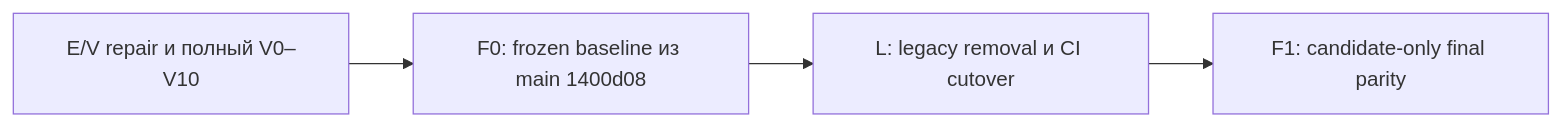
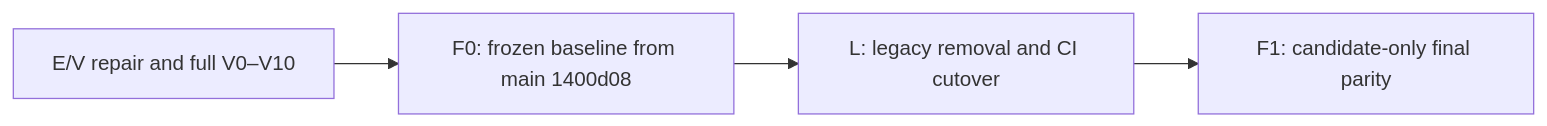
Before and after one commit to evgenii-karpov/olist-mds: the diagram in docs/plans/lakehouse/active/serving-cutover.md, drawn with Mermaid. The commit also changed other lines of this file and 319 other files, not shown here.

Commit message:
feat(lakehouse): complete Stage L legacy removal

````diff
--- a/docs/plans/lakehouse/active/serving-cutover.md
+++ b/docs/plans/lakehouse/active/serving-cutover.md
@@ -11,6 +11,6 @@
 ```mermaid
 flowchart LR
-    EV["E/V repair и полный V0–V10"] --> F0["F0: frozen baseline из main 1400d08"]
-    F0 --> L["L: legacy removal и CI cutover"]
+    EV["E/V repair and full V0–V10"] --> F0["F0: frozen baseline from main 1400d08"]
+    F0 --> L["L: legacy removal and CI cutover"]
     L --> F1["F1: candidate-only final parity"]
 ```
````
